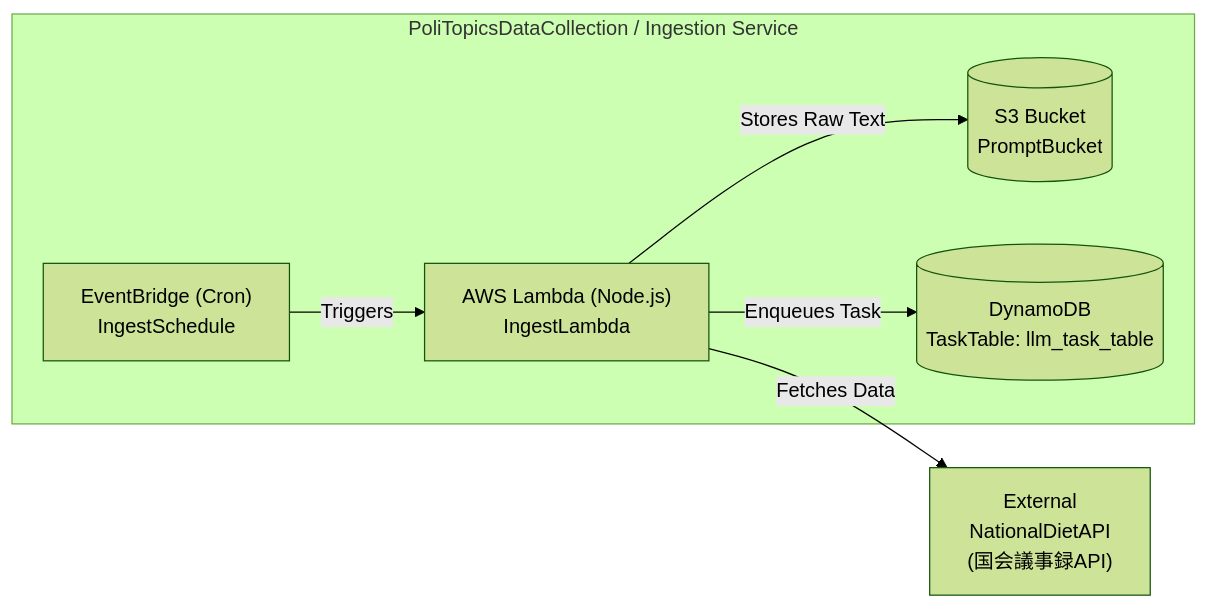
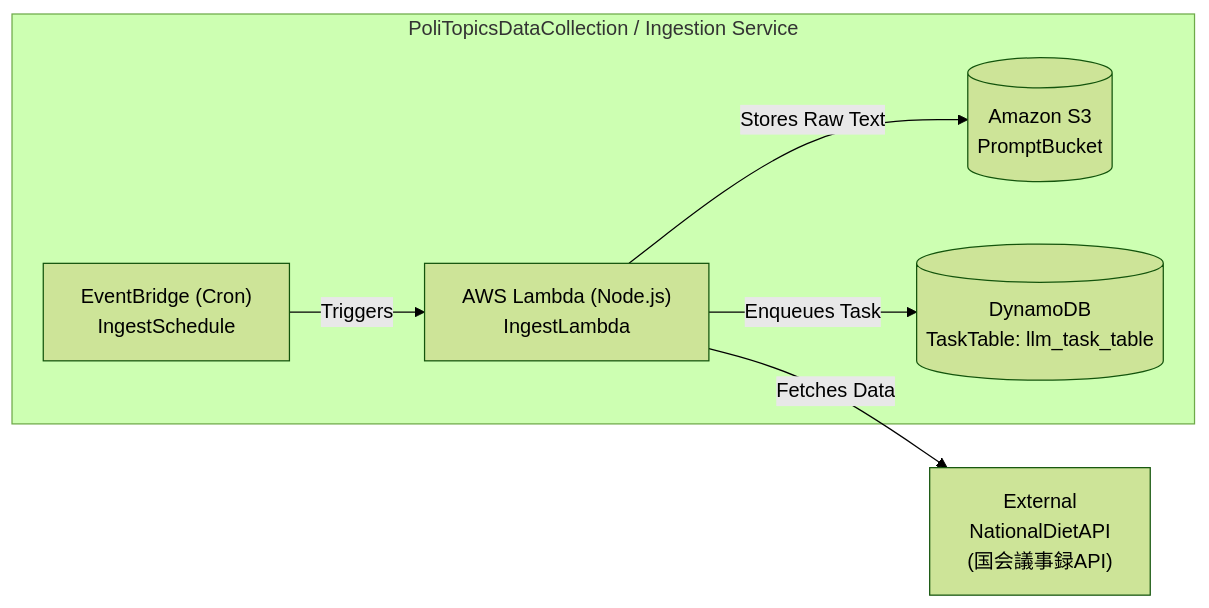
One commit to Keyhole-Koro/PoliTopics changed the diagram in docs/diagrams/datacollection.mmd. Above: the diagram before and after it, drawn with Mermaid (forest theme). The commit also changed 55 other files, not shown here.

```diff
--- a/docs/diagrams/datacollection.mmd
+++ b/docs/diagrams/datacollection.mmd
@@ -1,15 +1,15 @@
 flowchart LR
   %% ========== Data Collection ==========
   subgraph DC[PoliTopicsDataCollection / Ingestion Service]
     IngestSchedule["EventBridge (Cron)<br/>IngestSchedule"]
     IngestLambda["AWS Lambda (Node.js)<br/>IngestLambda"]
-    PromptBucket[(S3 Bucket<br/>PromptBucket)]
+    PromptBucket[(Amazon S3<br/>PromptBucket)]
     TaskTable[(DynamoDB<br/>TaskTable: llm_task_table)]
   end
 
   NationalDietAPI["External<br/>NationalDietAPI<br/>(国会議事録API)"]
 
   IngestSchedule -->|Triggers| IngestLambda
   IngestLambda -->|Fetches Data| NationalDietAPI
   IngestLambda -->|Stores Raw Text| PromptBucket
   IngestLambda -->|Enqueues Task| TaskTable
```
